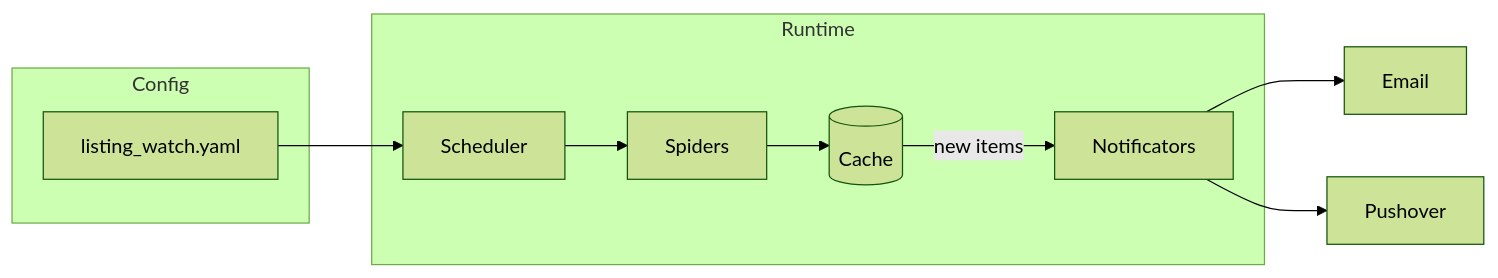
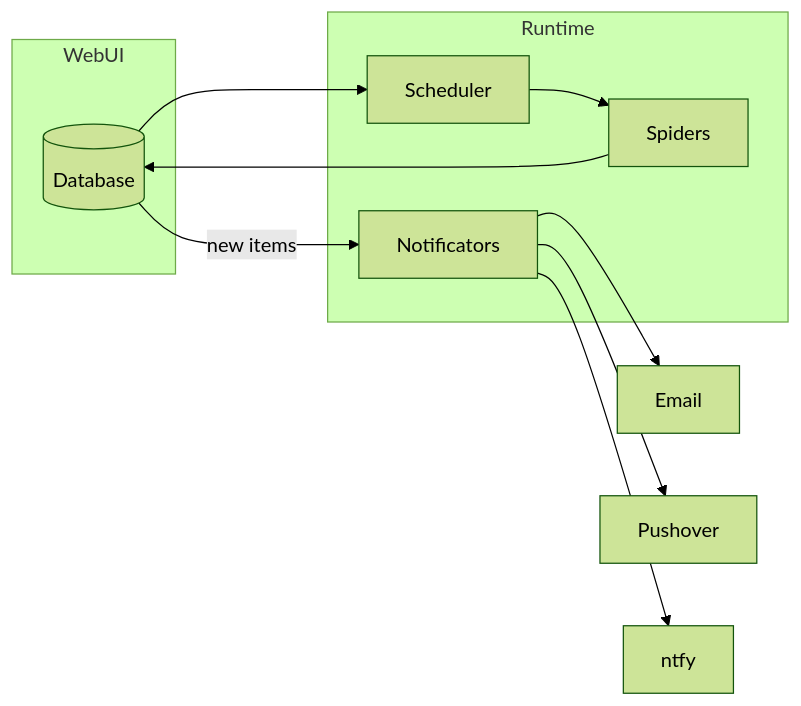
The diagram in README.md (jprevc/listing-watch), drawn with Mermaid (forest theme) before and after one commit. The commit also changed other lines of this file and 13 other files, not shown here.

````diff
--- a/README.md
+++ b/README.md
@@ -24,18 +24,18 @@
 ```mermaid
 flowchart LR
-    subgraph Config
-        YAML[listing_watch.yaml]
+    subgraph WebUI
+        DB[(Database)]
     end
     subgraph Runtime
         Scheduler[Scheduler]
         Spiders[Spiders]
-        Cache[(Cache)]
         Notify[Notificators]
     end
-    YAML --> Scheduler
+    DB --> Scheduler
     Scheduler --> Spiders
-    Spiders --> Cache
-    Cache -->|new items| Notify
+    Spiders --> DB
+    DB -->|new items| Notify
     Notify --> Email[Email]
     Notify --> Pushover[Pushover]
+    Notify --> Ntfy[ntfy]
 ```
````
